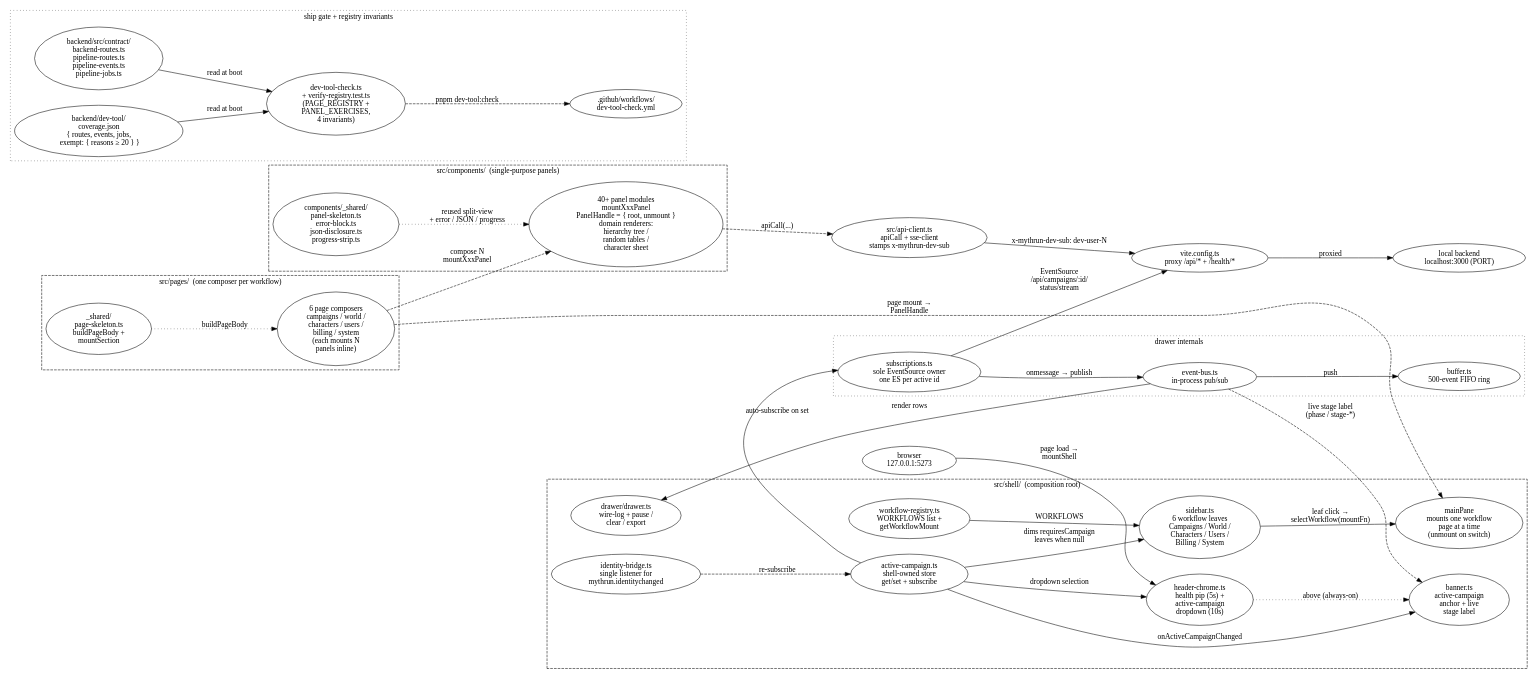
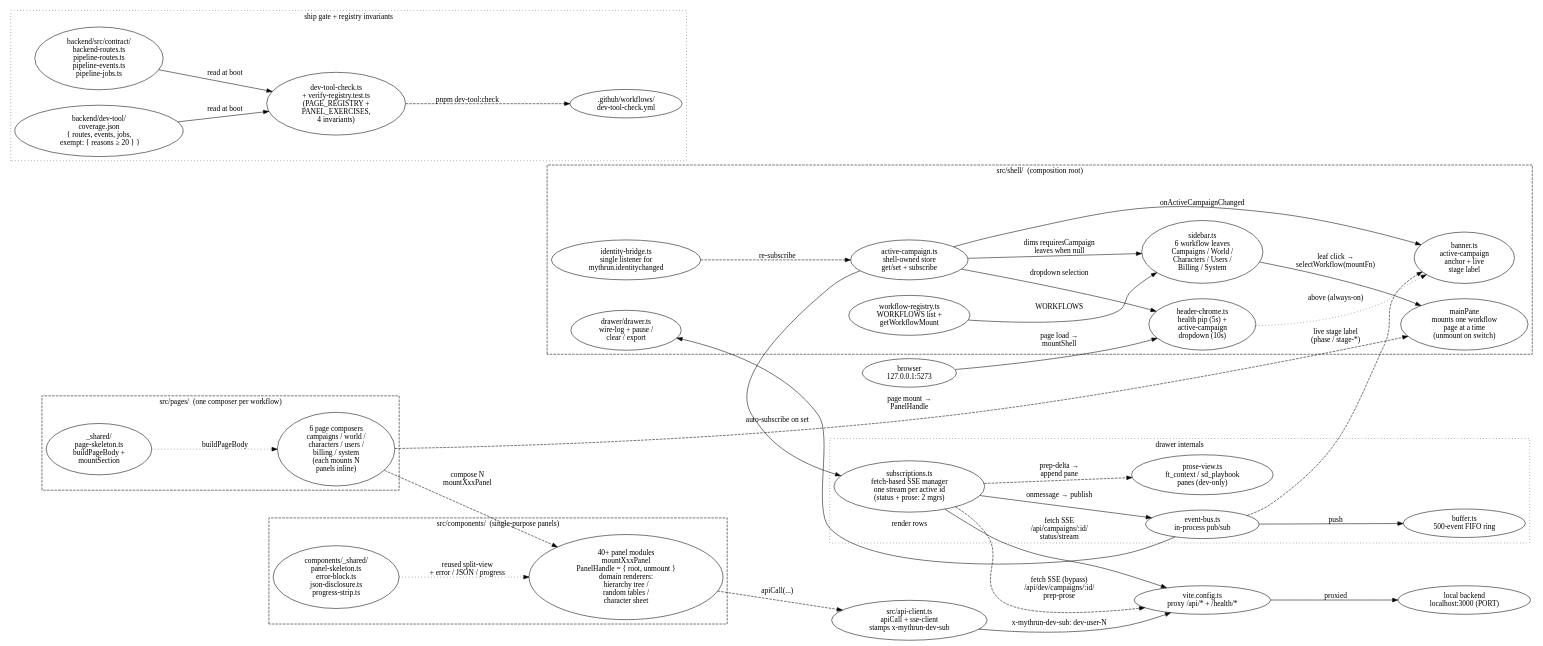
One commit to mythrun/mythrun changed the diagram in docs/wiki/diagrams/runtime/dev-tool.dot. Above: the diagram before and after it, drawn with Graphviz. The commit also changed 22 other files, not shown here.

```diff
--- a/docs/wiki/diagrams/runtime/dev-tool.dot
+++ b/docs/wiki/diagrams/runtime/dev-tool.dot
@@ -1,107 +1,110 @@
 digraph dev_tool {
   // The dev tool shell. A throwaway, local-only engineering UI. The
   // sidebar drives 6 entity-scoped workflow pages; each page composes
   // multiple single-purpose panel mount fns into a scrolling column.
   // Header chrome (always-on health pip + active-campaign dropdown)
   // sits above the banner; a persistent right-side drawer owns the
-  // sole EventSource for the active campaign. The ship gate
-  // (pnpm dev-tool:check) plus a registry invariant test keep
-  // coverage honest.
+  // SSE streams for the active campaign (pipeline status + a dev-only
+  // session-prep prose pane). The ship gate (pnpm dev-tool:check) plus
+  // a registry invariant test keep coverage honest.
   rankdir=LR;
   compound=true;
   nodesep=0.4;
   ranksep=0.7;
 
   browser [label="browser\n127.0.0.1:5273", color="ember", fontcolor="ember"];
 
   subgraph cluster_shell {
     label="src/shell/  (composition root)";
     style="dashed";
     color="ember";
     fontcolor="ember";
 
     chrome       [label="header-chrome.ts\nhealth pip (5s) +\nactive-campaign\ndropdown (10s)"];
     sidebar      [label="sidebar.ts\n6 workflow leaves\nCampaigns / World /\nCharacters / Users /\nBilling / System"];
     banner       [label="banner.ts\nactive-campaign\nanchor + live\nstage label"];
     mainPane     [label="mainPane\nmounts one workflow\npage at a time\n(unmount on switch)"];
     drawer       [label="drawer/drawer.ts\nwire-log + pause /\nclear / export"];
     activeCamp   [label="active-campaign.ts\nshell-owned store\nget/set + subscribe"];
     identityBr   [label="identity-bridge.ts\nsingle listener for\nmythrun.identitychanged"];
     workflowReg  [label="workflow-registry.ts\nWORKFLOWS list +\ngetWorkflowMount"];
   }
 
   subgraph cluster_pages {
     label="src/pages/  (one composer per workflow)";
     style="dashed";
 
     pages [label="6 page composers\ncampaigns / world /\ncharacters / users /\nbilling / system\n(each mounts N\npanels inline)"];
     pageShared [label="_shared/\npage-skeleton.ts\nbuildPageBody +\nmountSection"];
   }
 
   subgraph cluster_drawer_internals {
     label="drawer internals";
     style="dotted";
 
-    subs   [label="subscriptions.ts\nsole EventSource owner\none ES per active id"];
+    subs   [label="subscriptions.ts\nfetch-based SSE manager\none stream per active id\n(status + prose: 2 mgrs)"];
     bus    [label="event-bus.ts\nin-process pub/sub"];
     buffer [label="buffer.ts\n500-event FIFO ring"];
+    prose  [label="prose-view.ts\nft_context / sd_playbook\npanes (dev-only)", color="ember", fontcolor="ember"];
   }
 
   subgraph cluster_panels {
     label="src/components/  (single-purpose panels)";
     style="dashed";
 
     panels [label="40+ panel modules\nmountXxxPanel\nPanelHandle = { root, unmount }\ndomain renderers:\nhierarchy tree /\nrandom tables /\ncharacter sheet"];
     shared [label="components/_shared/\npanel-skeleton.ts\nerror-block.ts\njson-disclosure.ts\nprogress-strip.ts"];
   }
 
   subgraph cluster_gate {
     label="ship gate + registry invariants";
     style="dotted";
 
     contracts [label="backend/src/contract/\nbackend-routes.ts\npipeline-routes.ts\npipeline-events.ts\npipeline-jobs.ts"];
     coverage  [label="backend/dev-tool/\ncoverage.json\n{ routes, events, jobs,\n  exempt: { reasons ≥ 20 } }"];
     check     [label="dev-tool-check.ts\n+ verify-registry.test.ts\n(PAGE_REGISTRY +\nPANEL_EXERCISES,\n4 invariants)"];
     ci        [label=".github/workflows/\ndev-tool-check.yml"];
   }
 
   vite    [label="vite.config.ts\nproxy /api/* + /health/*"];
   api     [label="src/api-client.ts\napiCall + sse-client\nstamps x-mythrun-dev-sub"];
   backend [label="local backend\nlocalhost:3000 (PORT)", color="ember", fontcolor="ember"];
 
   // Browser → shell mount
   browser -> chrome [label="page load →\nmountShell"];
   chrome -> banner [label="above (always-on)", style=dotted];
   sidebar -> mainPane [label="leaf click →\nselectWorkflow(mountFn)"];
   workflowReg -> sidebar [label="WORKFLOWS"];
   pages -> mainPane [label="page mount →\nPanelHandle", style=dashed];
   pageShared -> pages [style=dotted, label="buildPageBody"];
   pages -> panels [label="compose N\nmountXxxPanel", style=dashed];
   shared -> panels [style=dotted, label="reused split-view\n+ error / JSON / progress"];
 
   // Active-campaign fan-out
   activeCamp -> chrome [label="dropdown selection"];
   activeCamp -> banner [label="onActiveCampaignChanged"];
   activeCamp -> sidebar [label="dims requiresCampaign\nleaves when null"];
   activeCamp -> subs [label="auto-subscribe on set"];
 
   // Identity bridge
   identityBr -> activeCamp [label="re-subscribe", style=dashed];
 
   // Drawer internals
   subs -> bus [label="onmessage → publish"];
   bus -> buffer [label="push"];
   bus -> drawer [label="render rows"];
   bus -> banner [label="live stage label\n(phase / stage-*)", style=dashed];
 
   // HTTP path
   panels -> api [label="apiCall(...)", style=dashed];
   api -> vite [label="x-mythrun-dev-sub: dev-user-N"];
   vite -> backend [label="proxied"];
-  subs -> vite [label="EventSource\n/api/campaigns/:id/\nstatus/stream"];
+  subs -> vite [label="fetch SSE\n/api/campaigns/:id/\nstatus/stream"];
+  subs -> prose [label="prep-delta →\nappend pane", style=dashed];
+  subs -> vite [label="fetch SSE (bypass)\n/api/dev/campaigns/:id/\nprep-prose", style=dashed];
 
   // Ship gate path
   contracts -> check [label="read at boot"];
   coverage -> check [label="read at boot"];
   check -> ci [label="pnpm dev-tool:check", style=dashed];
 }
```
